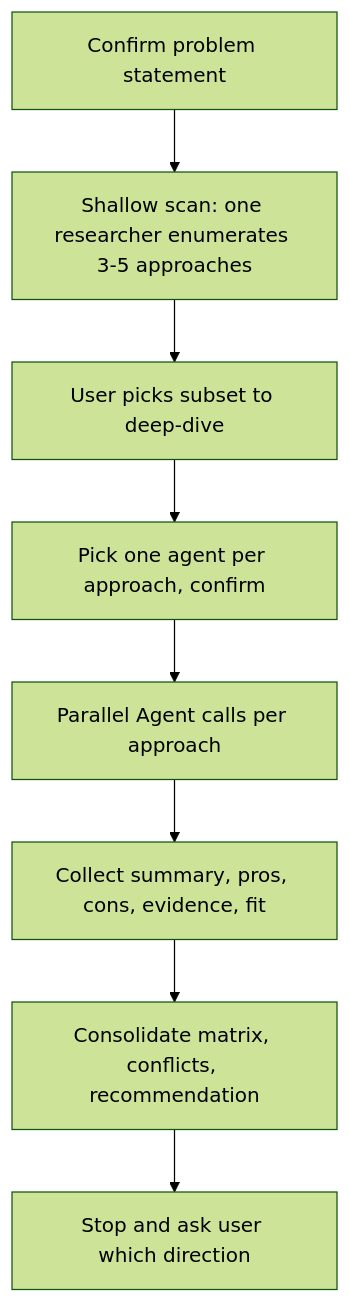
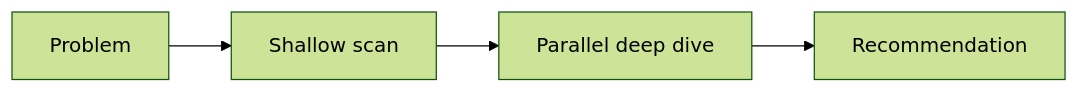
The first of 2 diagrams in plugins/empire-research/README.md (marcoskichel/elevator-pitch-skill), drawn with Mermaid (forest theme) before and after one commit. The commit also changed other lines of this file and 5 other files, not shown here.

First line of the commit message:
docs: simplify per-skill diagrams to horizontal high-level flow

````diff
--- a/plugins/empire-research/README.md
+++ b/plugins/empire-research/README.md
@@ -28,10 +28,6 @@
 ```mermaid
-flowchart TD
-  problem[Confirm problem statement] --> shallow[Shallow scan: one researcher enumerates 3-5 approaches]
-  shallow --> pick[User picks subset to deep-dive]
-  pick --> roster[Pick one agent per approach, confirm]
-  roster --> dispatch[Parallel Agent calls per approach]
-  dispatch --> collect[Collect summary, pros, cons, evidence, fit]
-  collect --> report[Consolidate matrix, conflicts, recommendation]
-  report --> stop[Stop and ask user which direction]
+flowchart LR
+  problem[Problem] --> shallow[Shallow scan]
+  shallow --> deep[Parallel deep dive]
+  deep --> report[Recommendation]
 ```
````
